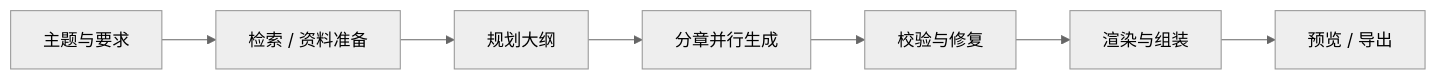
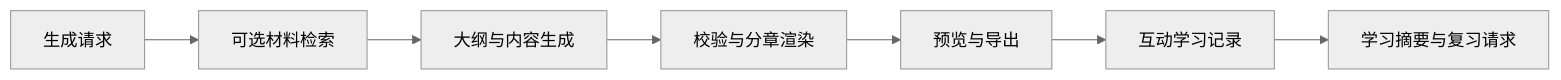
Before and after one commit to Weilan0811/learncraft: the diagram in README.md, drawn with Mermaid (neutral theme). The commit also changed other lines of this file and 9 other files, not shown here.

````diff
--- a/README.md
+++ b/README.md
@@ -66,9 +105,9 @@
 ```mermaid
 flowchart LR
-    A[主题与要求] --> B[检索 / 资料准备]
-    B --> C[规划大纲]
-    C --> D[分章并行生成]
-    D --> E[校验与修复]
-    E --> F[渲染与组装]
-    F --> G[预览 / 导出]
+    A[生成请求] --> B[可选材料检索]
+    B --> C[大纲与内容生成]
+    C --> D[校验与分章渲染]
+    D --> E[预览与导出]
+    E --> F[互动学习记录]
+    F --> G[学习摘要与复习请求]
 ```
````
